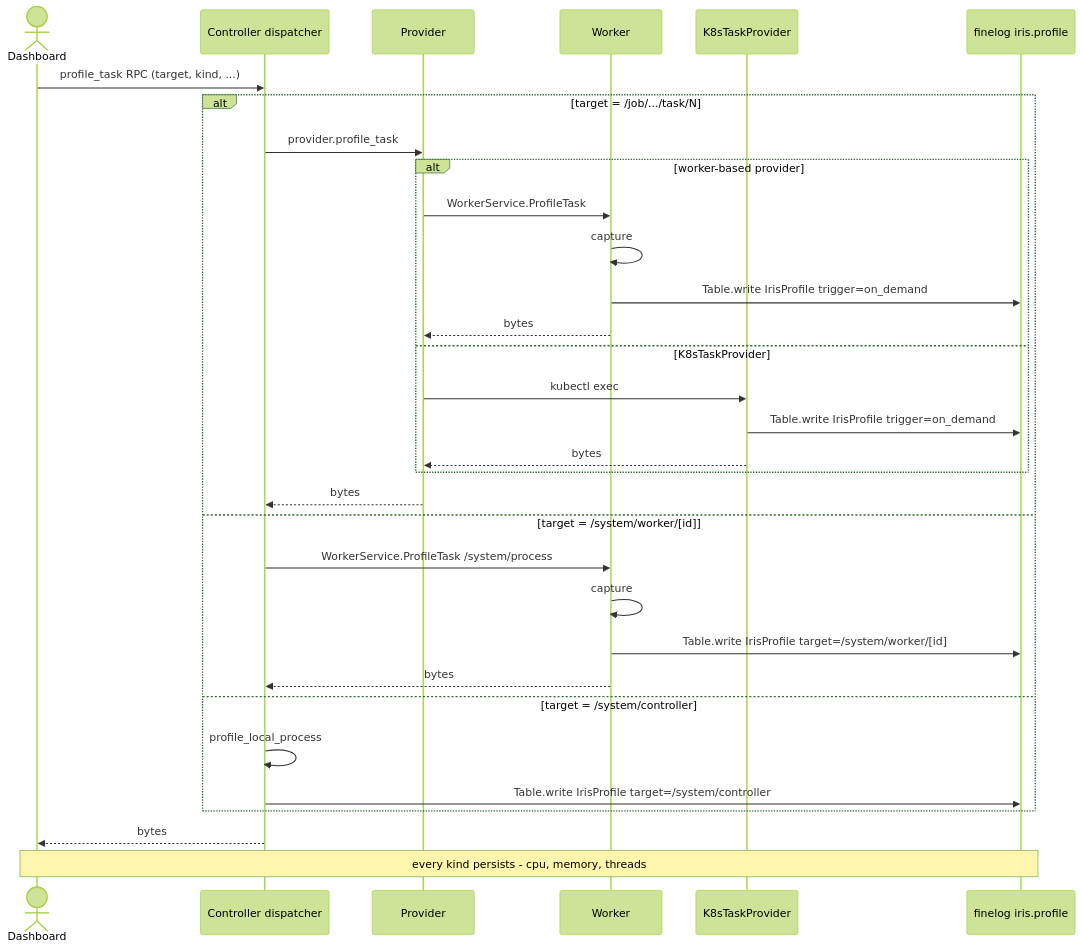
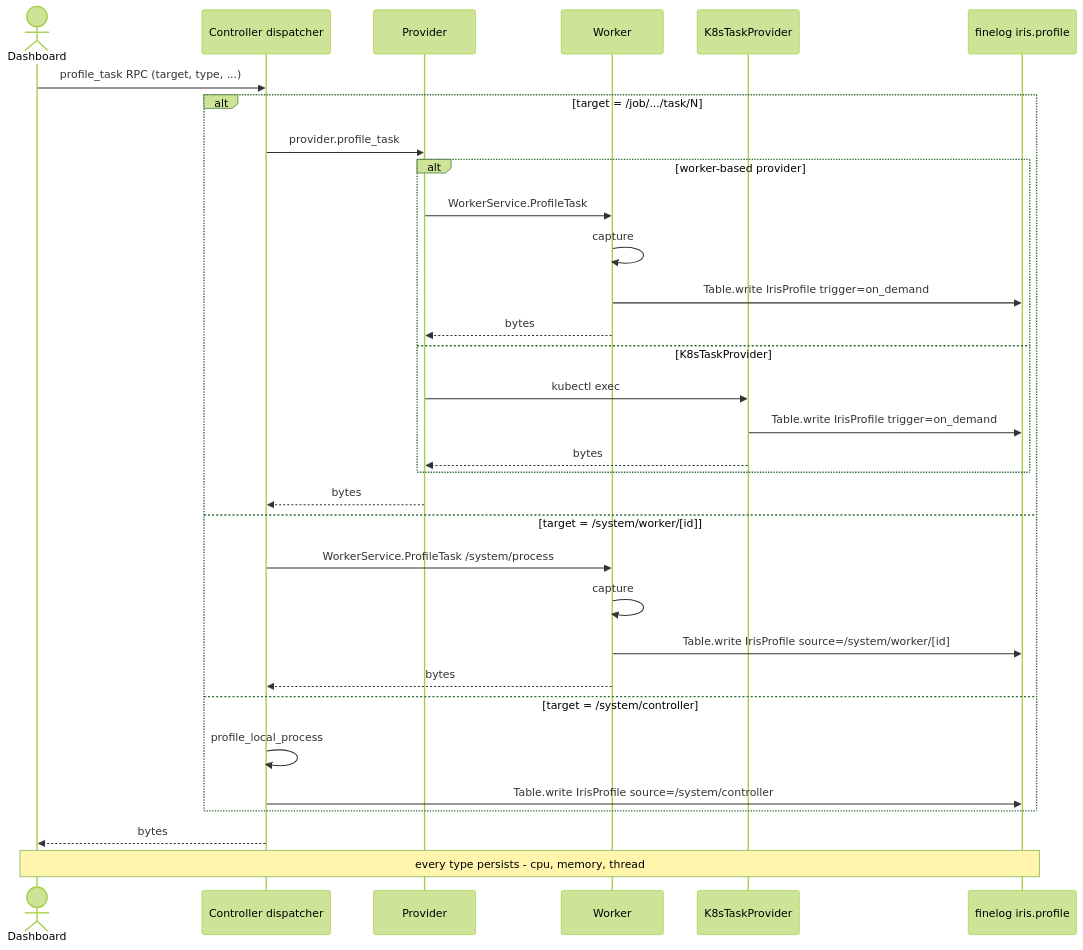
One commit to nevillelyh/marin changed the fourth of 6 diagrams in .agents/projects/iris_profile_to_finelog/design.md. Above: the diagram before and after it, drawn with Mermaid (forest theme). The commit also changed other lines of this file and 31 other files, not shown here.

First line of the commit message:
[iris] move profile collection to finelog (iris.profile) (#5583)

````diff
--- a/.agents/projects/iris_profile_to_finelog/design.md
+++ b/.agents/projects/iris_profile_to_finelog/design.md
@@ -71,34 +71,34 @@
 ```mermaid
 sequenceDiagram
     actor User as Dashboard
     participant CTL as Controller dispatcher
     participant PROV as Provider
     participant W as Worker
     participant K8S as K8sTaskProvider
     participant FL as finelog iris.profile
-    User->>CTL: profile_task RPC (target, kind, ...)
+    User->>CTL: profile_task RPC (target, type, ...)
     alt target = /job/.../task/N
         CTL->>PROV: provider.profile_task
         alt worker-based provider
             PROV->>W: WorkerService.ProfileTask
             W->>W: capture
             W->>FL: Table.write IrisProfile trigger=on_demand
             W-->>PROV: bytes
         else K8sTaskProvider
             PROV->>K8S: kubectl exec
             K8S->>FL: Table.write IrisProfile trigger=on_demand
             K8S-->>PROV: bytes
         end
         PROV-->>CTL: bytes
     else target = /system/worker/[id]
         CTL->>W: WorkerService.ProfileTask /system/process
         W->>W: capture
-        W->>FL: Table.write IrisProfile target=/system/worker/[id]
+        W->>FL: Table.write IrisProfile source=/system/worker/[id]
         W-->>CTL: bytes
     else target = /system/controller
         CTL->>CTL: profile_local_process
-        CTL->>FL: Table.write IrisProfile target=/system/controller
+        CTL->>FL: Table.write IrisProfile source=/system/controller
     end
     CTL-->>User: bytes
-    Note over User,FL: every kind persists - cpu, memory, threads
+    Note over User,FL: every type persists - cpu, memory, thread
 ```
````
